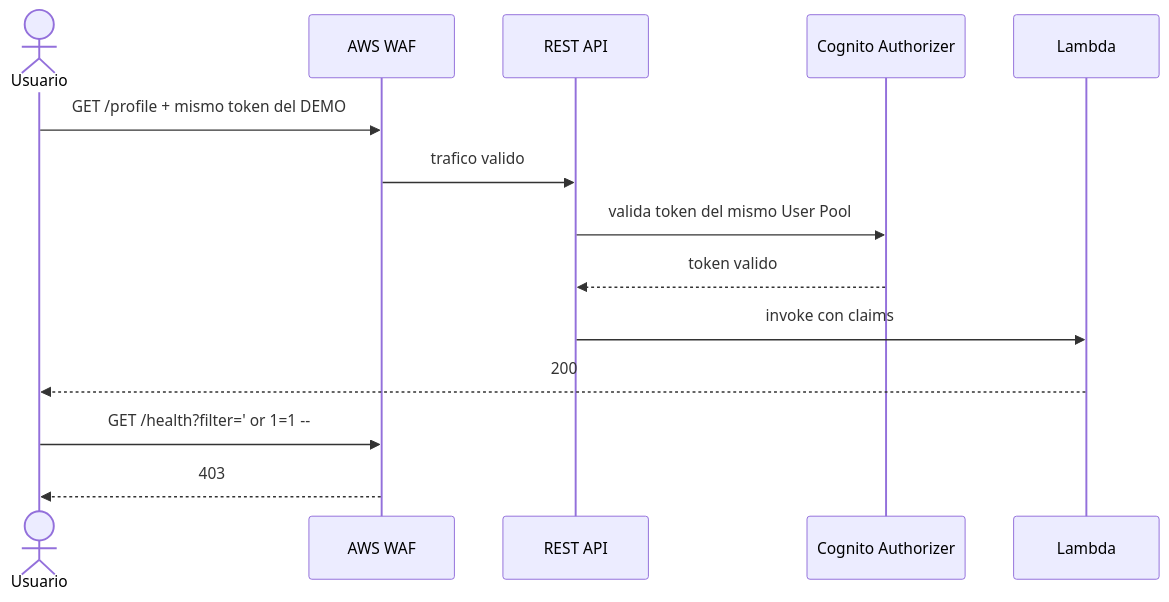
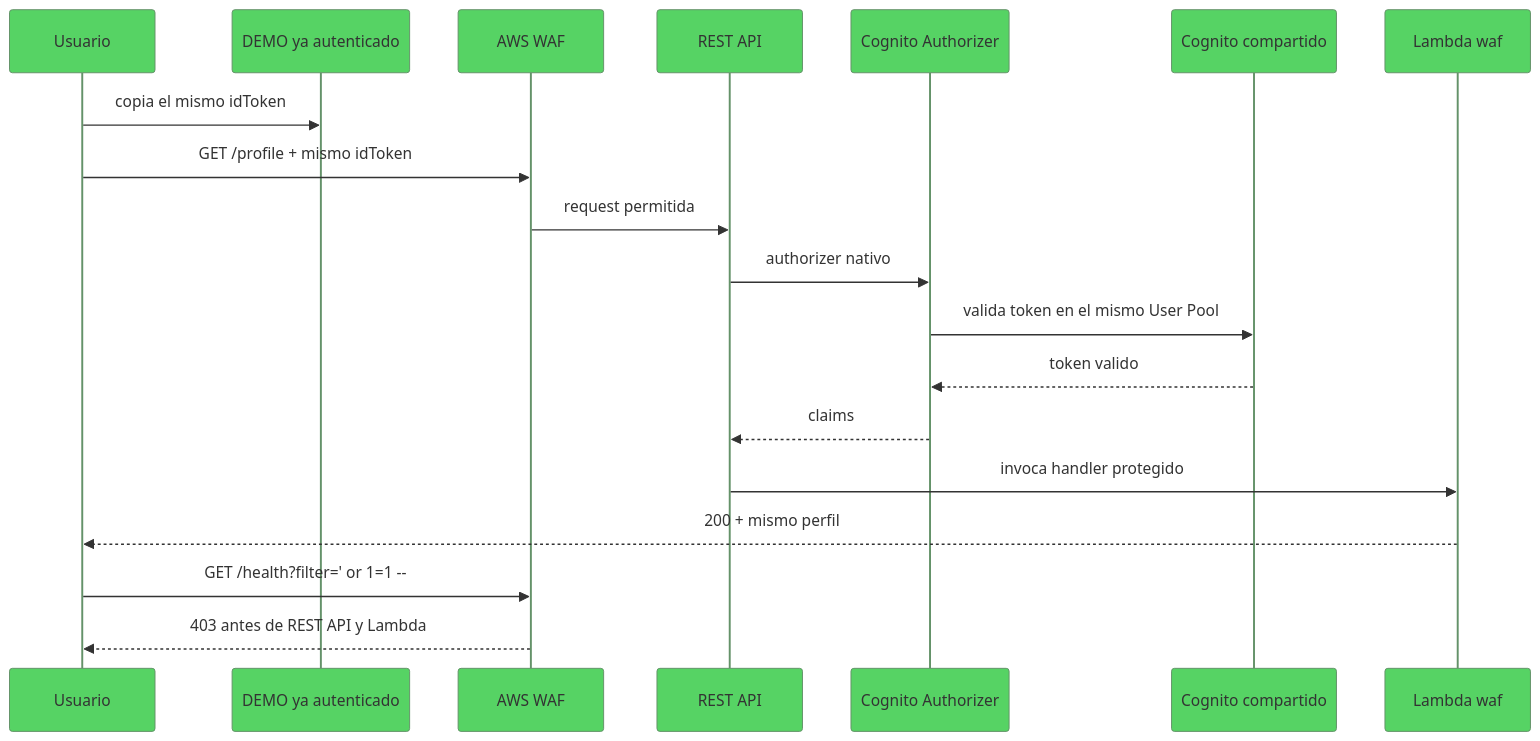
The third of 4 diagrams in caso-f-security-cognito/docs/architecture.md (vladimiracunadev-create/proyectos-aws), drawn with Mermaid before and after one commit. The commit also changed other lines of this file and 1 other file, not shown here.

Commit message:
docs(caso-f): refresh architecture visuals and shared-identity flow

````diff
--- a/caso-f-security-cognito/docs/architecture.md
+++ b/caso-f-security-cognito/docs/architecture.md
@@ -69,18 +124,24 @@
 ```mermaid
+%%{init: {'theme': 'base', 'themeVariables': { 'primaryColor': '#56d364', 'edgeColor': '#0ea5a0', 'tertiaryColor': '#f3fff8' }}}%%
 sequenceDiagram
-    actor U as Usuario
+    participant U as Usuario
+    participant DEMO as DEMO ya autenticado
     participant WAF as AWS WAF
     participant REST as REST API
-    participant C as Cognito Authorizer
-    participant L as Lambda
+    participant A as Cognito Authorizer
+    participant C as Cognito compartido
+    participant L as Lambda waf
 
-    U->>WAF: GET /profile + mismo token del DEMO
-    WAF->>REST: trafico valido
-    REST->>C: valida token del mismo User Pool
-    C-->>REST: token valido
-    REST->>L: invoke con claims
-    L-->>U: 200
+    U->>DEMO: copia el mismo idToken
+    U->>WAF: GET /profile + mismo idToken
+    WAF->>REST: request permitida
+    REST->>A: authorizer nativo
+    A->>C: valida token en el mismo User Pool
+    C-->>A: token valido
+    A-->>REST: claims
+    REST->>L: invoca handler protegido
+    L-->>U: 200 + mismo perfil
 
     U->>WAF: GET /health?filter=' or 1=1 --
-    WAF-->>U: 403
+    WAF-->>U: 403 antes de REST API y Lambda
 ```
````
